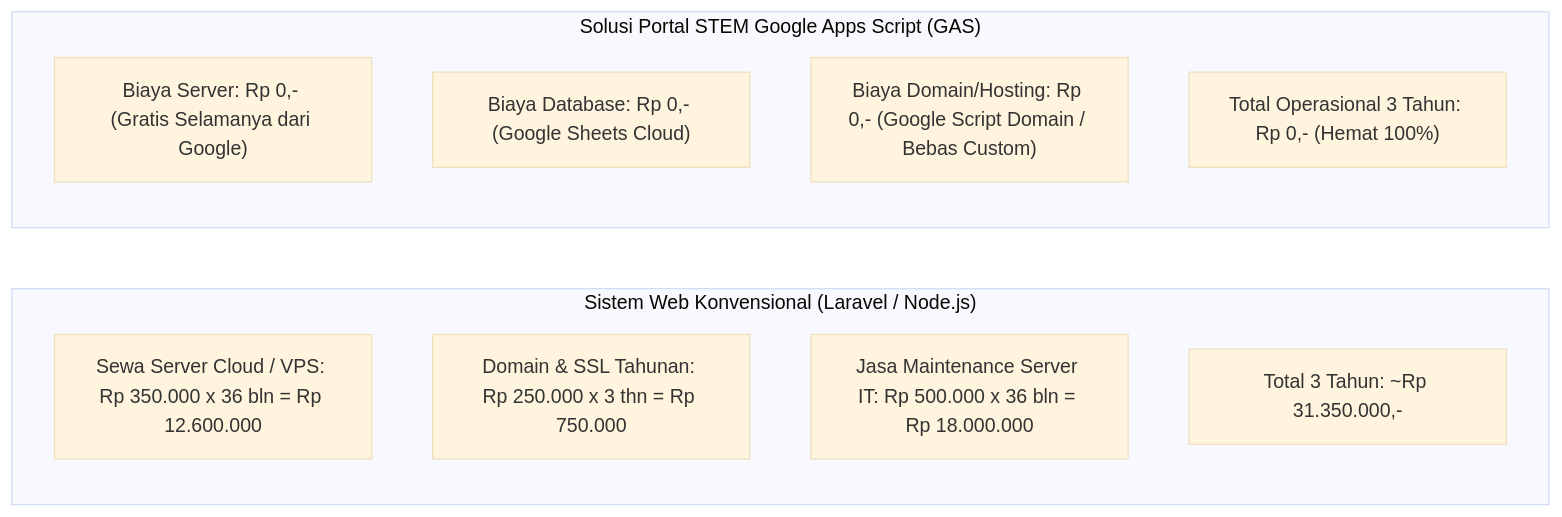
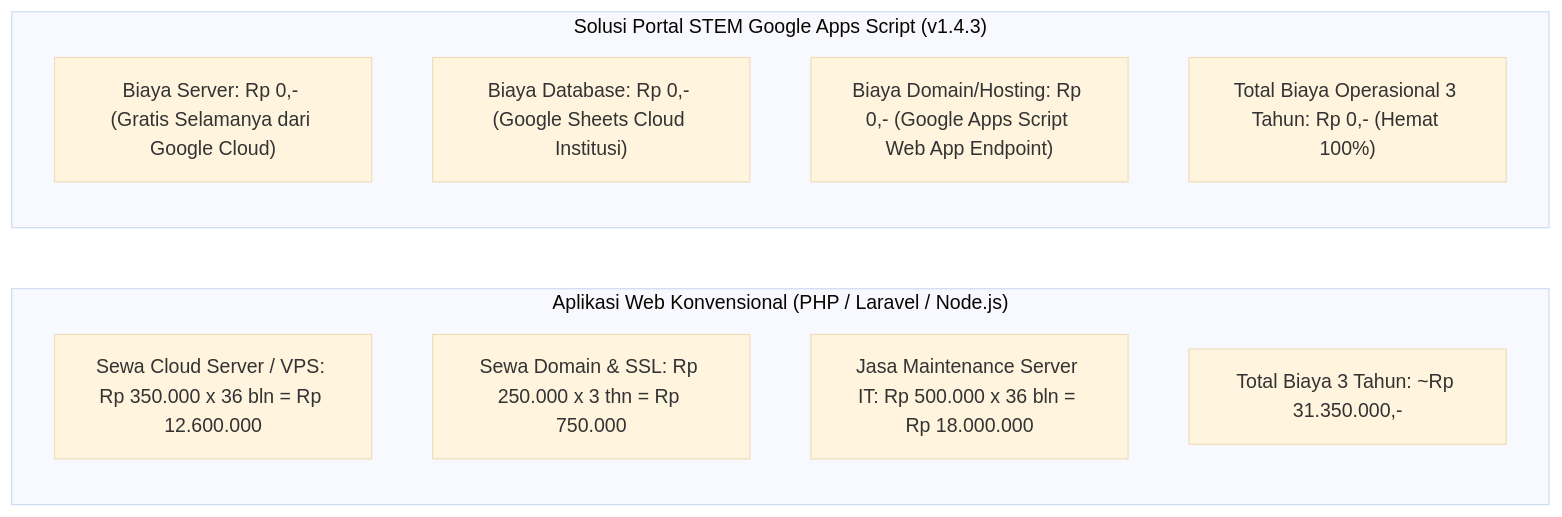
The second of 2 diagrams in docs/01-proposals/PROPOSAL-PENAWARAN-DAN-RENCANA-PENGEMBANGAN-PORTAL-STEM.md (antsig/stmsites), drawn with Mermaid (base theme) before and after one commit. The commit also changed other lines of this file and 2 other files, not shown here.

Commit message:
docs(proposal): selaraskan proposal dengan kondisi nyata v1.4.3 tanpa roadmap masa depan

````diff
--- a/docs/01-proposals/PROPOSAL-PENAWARAN-DAN-RENCANA-PENGEMBANGAN-PORTAL-STEM.md
+++ b/docs/01-proposals/PROPOSAL-PENAWARAN-DAN-RENCANA-PENGEMBANGAN-PORTAL-STEM.md
@@ -151,16 +129,16 @@
 ```mermaid
 graph LR
-    subgraph Konvensional["Sistem Web Konvensional (Laravel / Node.js)"]
-        K1["Sewa Server Cloud / VPS: Rp 350.000 x 36 bln = Rp 12.600.000"]
-        K2["Domain & SSL Tahunan: Rp 250.000 x 3 thn = Rp 750.000"]
+    subgraph Konvensional["Aplikasi Web Konvensional (PHP / Laravel / Node.js)"]
+        K1["Sewa Cloud Server / VPS: Rp 350.000 x 36 bln = Rp 12.600.000"]
+        K2["Sewa Domain & SSL: Rp 250.000 x 3 thn = Rp 750.000"]
         K3["Jasa Maintenance Server IT: Rp 500.000 x 36 bln = Rp 18.000.000"]
-        K_TOTAL["Total 3 Tahun: ~Rp 31.350.000,-"]
+        K_TOTAL["Total Biaya 3 Tahun: ~Rp 31.350.000,-"]
     end
 
-    subgraph SolusiGAS["Solusi Portal STEM Google Apps Script (GAS)"]
-        G1["Biaya Server: Rp 0,- (Gratis Selamanya dari Google)"]
-        G2["Biaya Database: Rp 0,- (Google Sheets Cloud)"]
-        G3["Biaya Domain/Hosting: Rp 0,- (Google Script Domain / Bebas Custom)"]
-        G_TOTAL["Total Operasional 3 Tahun: Rp 0,- (Hemat 100%)"]
+    subgraph SolusiGAS["Solusi Portal STEM Google Apps Script (v1.4.3)"]
+        G1["Biaya Server: Rp 0,- (Gratis Selamanya dari Google Cloud)"]
+        G2["Biaya Database: Rp 0,- (Google Sheets Cloud Institusi)"]
+        G3["Biaya Domain/Hosting: Rp 0,- (Google Apps Script Web App Endpoint)"]
+        G_TOTAL["Total Biaya Operasional 3 Tahun: Rp 0,- (Hemat 100%)"]
     end
 ```
````
